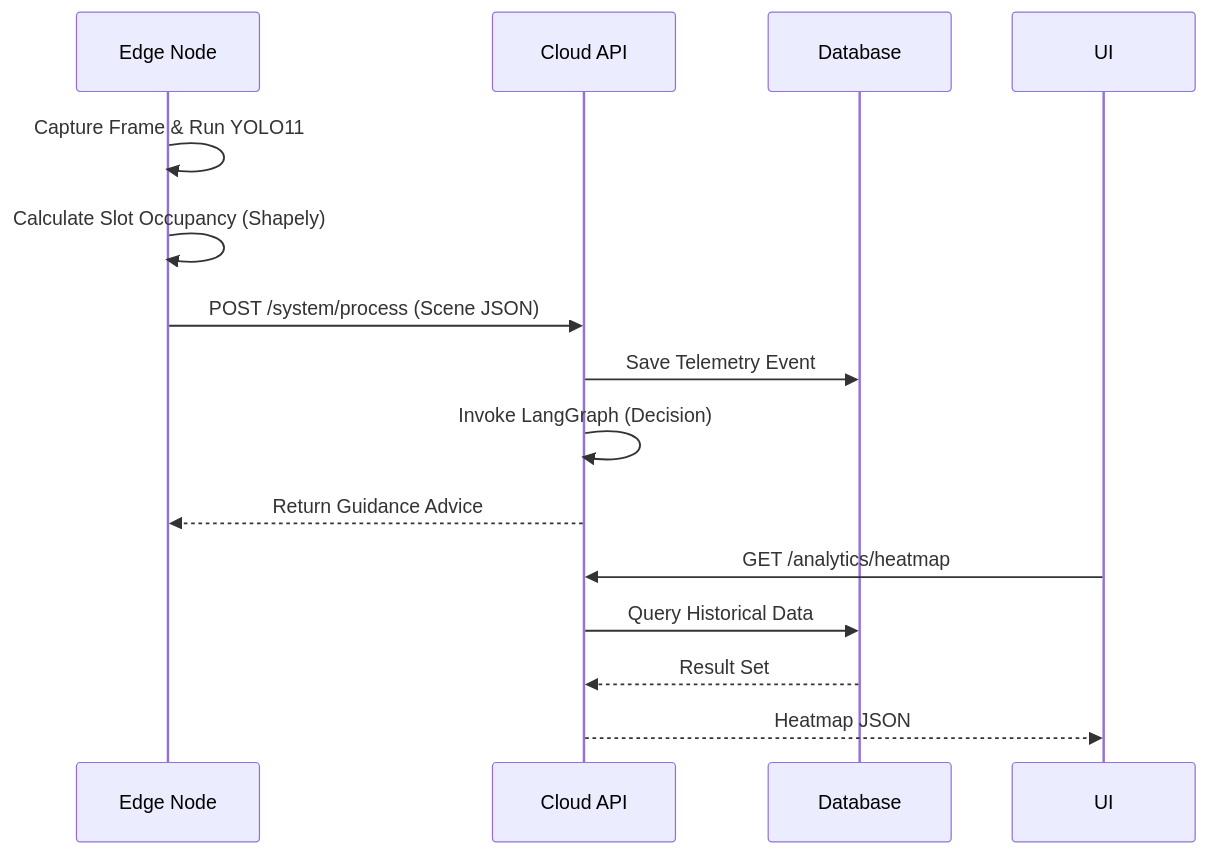
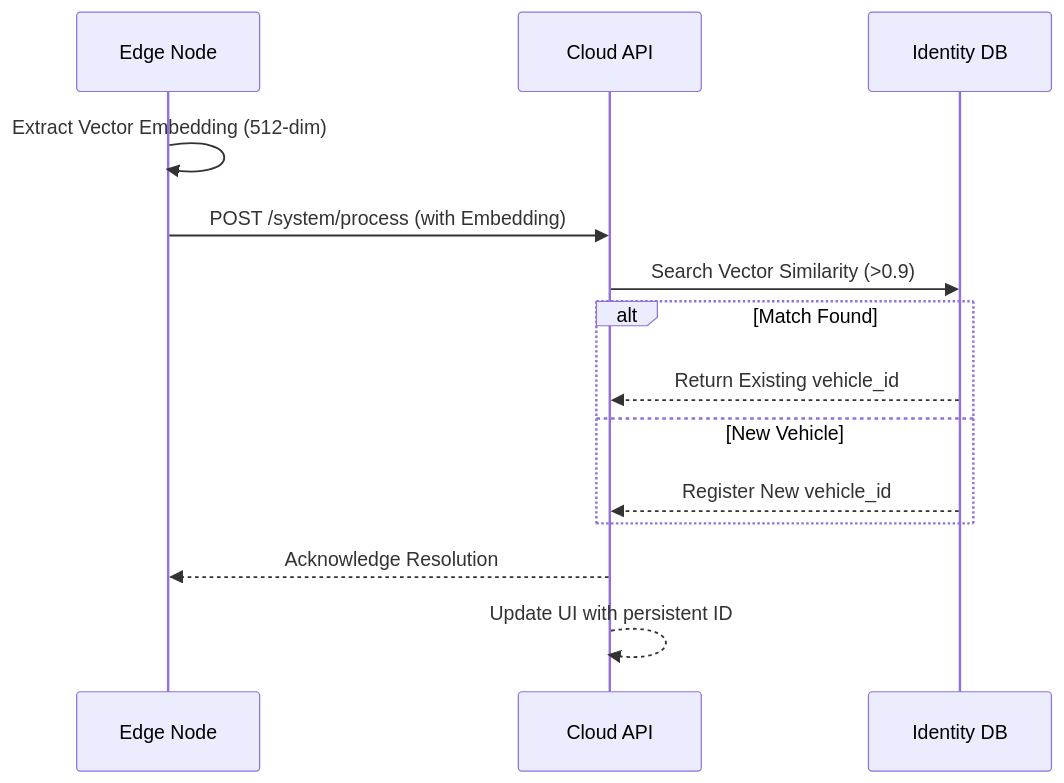
One commit to pranaya-mathur/ParkSight changed the second of 2 diagrams in README.md. Above: the diagram before and after it, drawn with Mermaid. The commit also changed other lines of this file and 1 other file, not shown here.

````diff
--- a/README.md
+++ b/README.md
@@ -65,18 +42,17 @@
 ```mermaid
 sequenceDiagram
     participant E as Edge Node
     participant C as Cloud API
-    participant D as Database
-    participant U as UI
+    participant D as Identity DB
     
-    E->>E: Capture Frame & Run YOLO11
-    E->>E: Calculate Slot Occupancy (Shapely)
-    E->>C: POST /system/process (Scene JSON)
-    C->>D: Save Telemetry Event
-    C->>C: Invoke LangGraph (Decision)
-    C-->>E: Return Guidance Advice
-    U->>C: GET /analytics/heatmap
-    C->>D: Query Historical Data
-    D-->>C: Result Set
-    C-->>U: Heatmap JSON
+    E->>E: Extract Vector Embedding (512-dim)
+    E->>C: POST /system/process (with Embedding)
+    C->>D: Search Vector Similarity (>0.9)
+    alt Match Found
+        D-->>C: Return Existing vehicle_id
+    else New Vehicle
+        D-->>C: Register New vehicle_id
+    end
+    C-->>E: Acknowledge Resolution
+    C-->>C: Update UI with persistent ID
 ```
````
